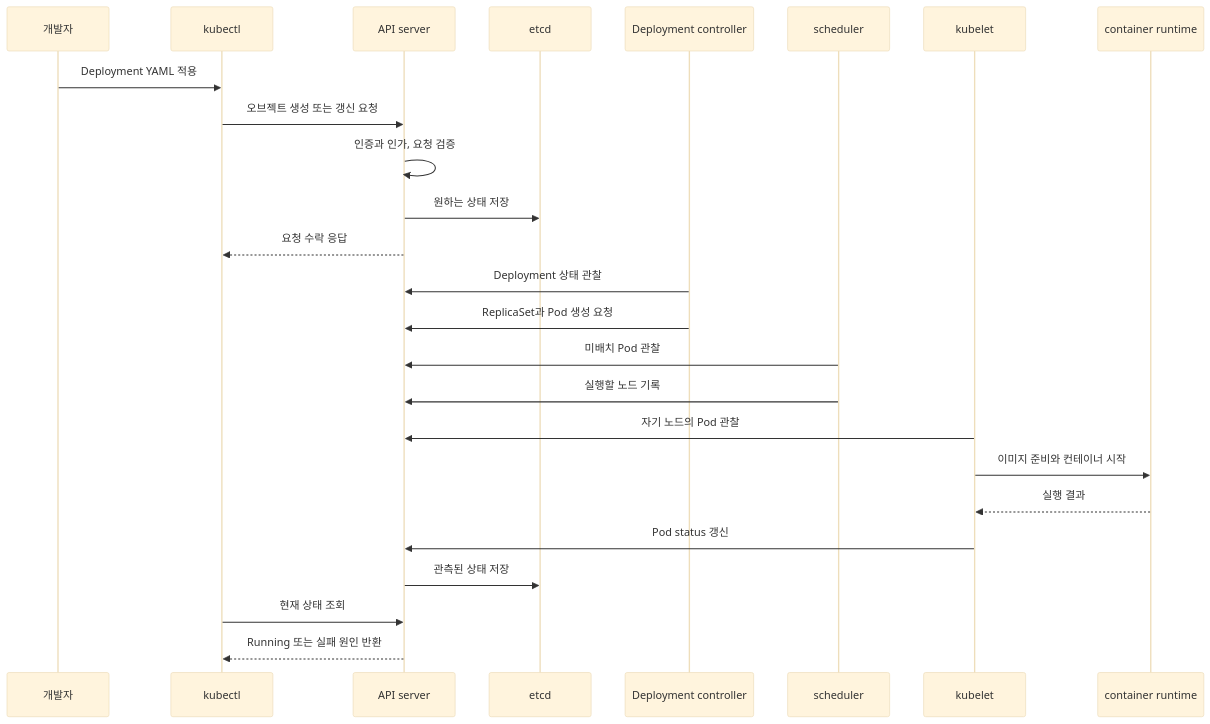
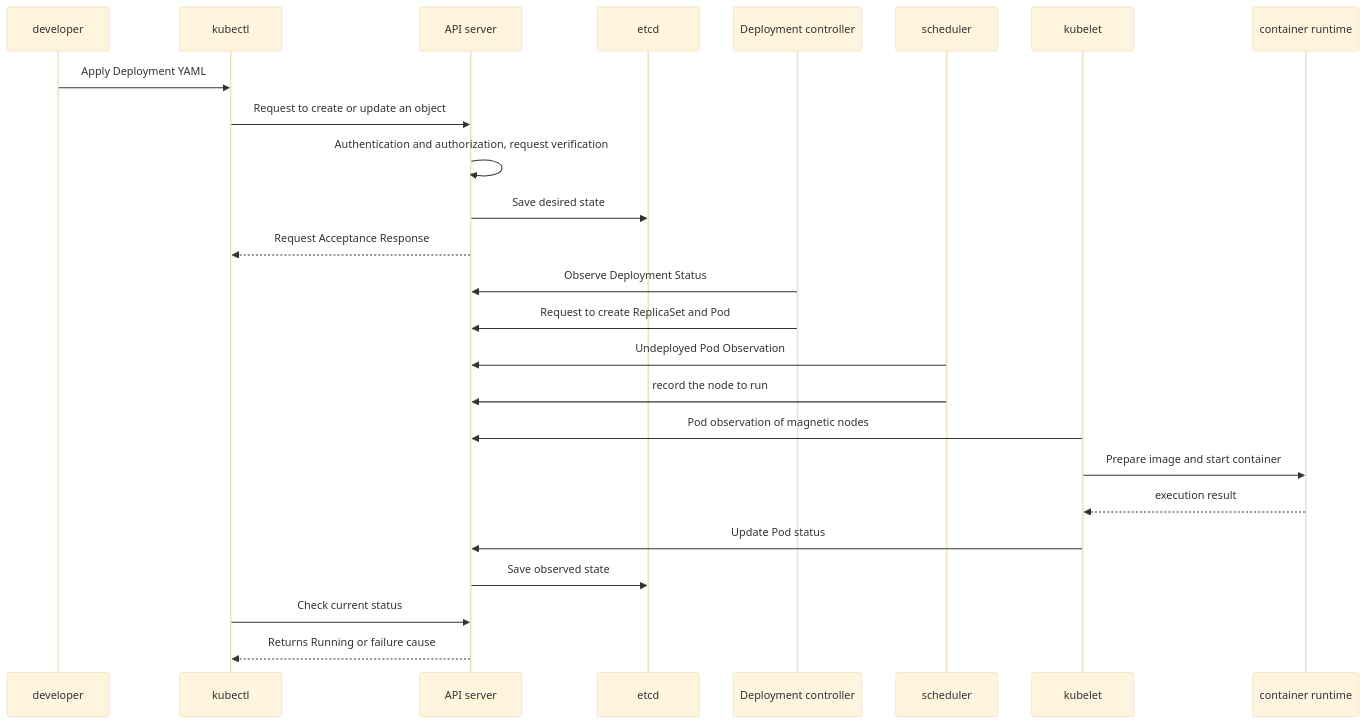
Before and after one commit to nohdol97/nohdol-study: the second of 2 diagrams in docs-site/content/kubernetes/00-roadmap.md, drawn with Mermaid (base theme). The commit also changed other lines of this file and 116 other files, not shown here.

````diff
--- a/docs-site/content/kubernetes/00-roadmap.md
+++ b/docs-site/content/kubernetes/00-roadmap.md
@@ -82,28 +82,28 @@
 ```mermaid
 sequenceDiagram
-  participant DEV as 개발자
+  participant DEV as developer
   participant CLI as kubectl
   participant API as API server
   participant DB as etcd
   participant CTRL as Deployment controller
   participant SCHED as scheduler
   participant KUBE as kubelet
   participant RT as container runtime
 
-  DEV->>CLI: Deployment YAML 적용
-  CLI->>API: 오브젝트 생성 또는 갱신 요청
-  API->>API: 인증과 인가, 요청 검증
-  API->>DB: 원하는 상태 저장
-  API-->>CLI: 요청 수락 응답
-  CTRL->>API: Deployment 상태 관찰
-  CTRL->>API: ReplicaSet과 Pod 생성 요청
-  SCHED->>API: 미배치 Pod 관찰
-  SCHED->>API: 실행할 노드 기록
-  KUBE->>API: 자기 노드의 Pod 관찰
-  KUBE->>RT: 이미지 준비와 컨테이너 시작
-  RT-->>KUBE: 실행 결과
-  KUBE->>API: Pod status 갱신
-  API->>DB: 관측된 상태 저장
-  CLI->>API: 현재 상태 조회
-  API-->>CLI: Running 또는 실패 원인 반환
+  DEV->>CLI: Apply Deployment YAML
+  CLI->>API: Request to create or update an object
+  API->>API: Authentication and authorization, request verification
+  API->>DB: Save desired state
+  API-->>CLI: Request Acceptance Response
+  CTRL->>API: Observe Deployment Status
+  CTRL->>API: Request to create ReplicaSet and Pod
+  SCHED->>API: Undeployed Pod Observation
+  SCHED->>API: record the node to run
+  KUBE->>API: Pod observation of magnetic nodes
+  KUBE->>RT: Prepare image and start container
+  RT-->>KUBE: execution result
+  KUBE->>API: Update Pod status
+  API->>DB: Save observed state
+  CLI->>API: Check current status
+  API-->>CLI: Returns Running or failure cause
 ```
````
